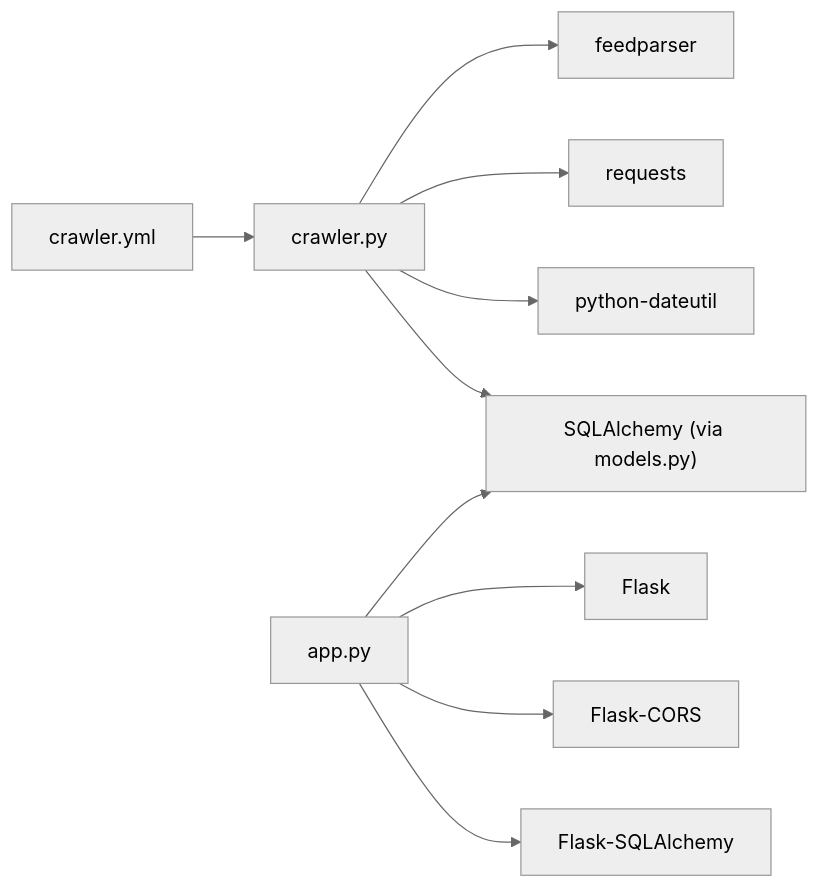
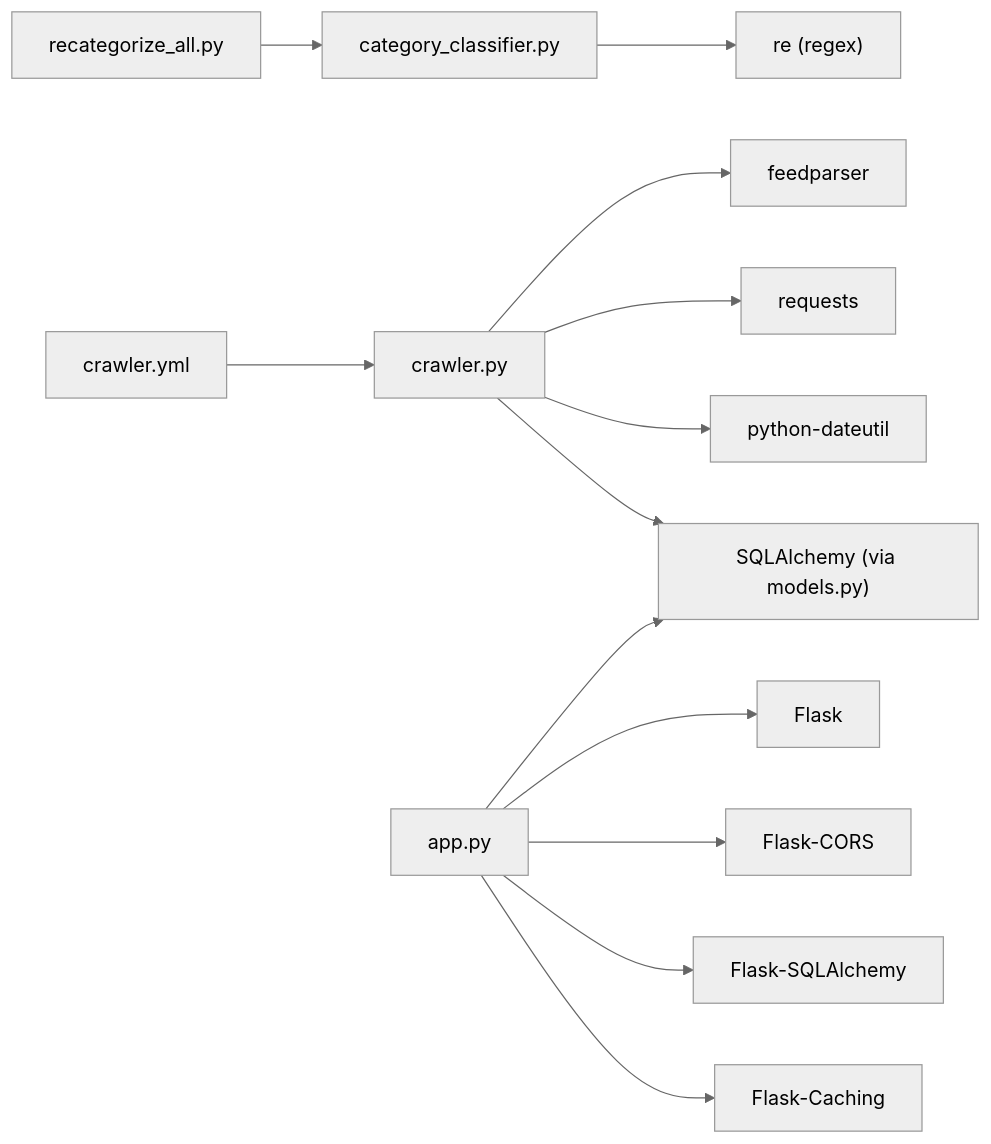
The fourth of 5 diagrams in .qoder/repowiki/en/content/RSS Crawler System/RSS Crawler System.md (zbw-zbw/news-aggregator), drawn with Mermaid (neutral theme) before and after one commit. The commit also changed other lines of this file and 9 other files, not shown here.

````diff
--- a/.qoder/repowiki/en/content/RSS Crawler System/RSS Crawler System.md
+++ b/.qoder/repowiki/en/content/RSS Crawler System/RSS Crawler System.md
@@ -323,12 +390,15 @@
 ```mermaid
 graph LR
 C["crawler.py"] --> FP["feedparser"]
 C --> REQ["requests"]
 C --> DU["python-dateutil"]
 C --> DB["SQLAlchemy (via models.py)"]
+CC["category_classifier.py"] --> RE["re (regex)"]
+RC["recategorize_all.py"] --> CC
 APP["app.py"] --> DB
 APP --> FL["Flask"]
 APP --> CORS["Flask-CORS"]
 APP --> SQL["Flask-SQLAlchemy"]
+APP --> CACHE["Flask-Caching"]
 GHA["crawler.yml"] --> C
 ```
````
